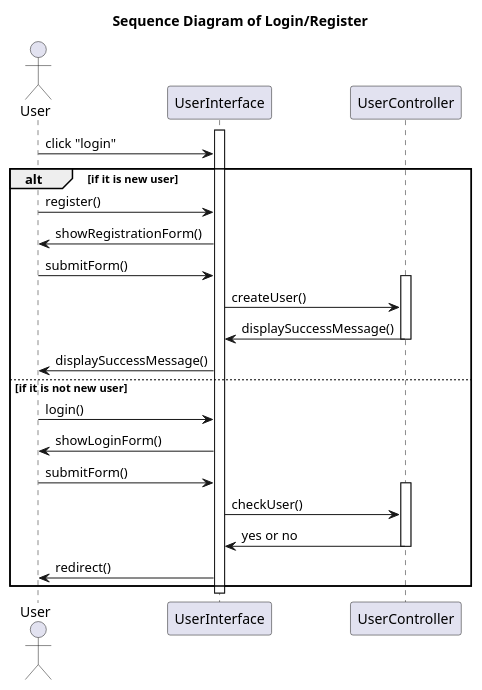
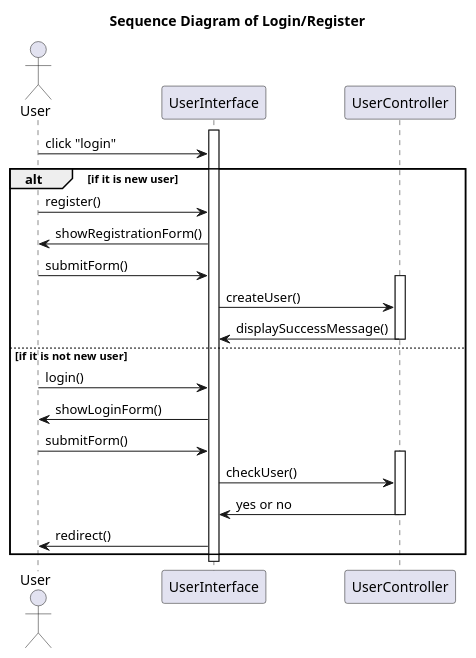
One commit to Vizards8/Hey_Badminton changed the diagram in Diagram/Sequence Diagram/register&login.puml. Above: the diagram before and after it, drawn with PlantUML. The commit also changed 4 other files, not shown here.

Commit message:
Add Interface to Sequence Diagrams

```diff
--- a/Diagram/Sequence Diagram/register&login.puml
+++ b/Diagram/Sequence Diagram/register&login.puml
@@ -1,37 +1,36 @@
 @startuml
 title Sequence Diagram of Login/Register
 
 actor User
 participant "UserInterface" as System
 
 activate System
 
 User -> System: click "login"
 
 alt if it is new user
     User -> System: register()
     System -> User: showRegistrationForm()
     User -> System: submitForm()
 
     activate UserController
     System -> UserController: createUser()
     UserController -> System: displaySuccessMessage()
     deactivate UserController
 
-    System -> User: displaySuccessMessage()
 else if it is not new user
     User -> System: login()
     System -> User: showLoginForm()
     User -> System: submitForm()
 
     activate UserController
     System -> UserController: checkUser()
     UserController -> System: yes or no
     deactivate UserController
 
     System -> User: redirect()
 end
 
 deactivate System
 
 @enduml
```
